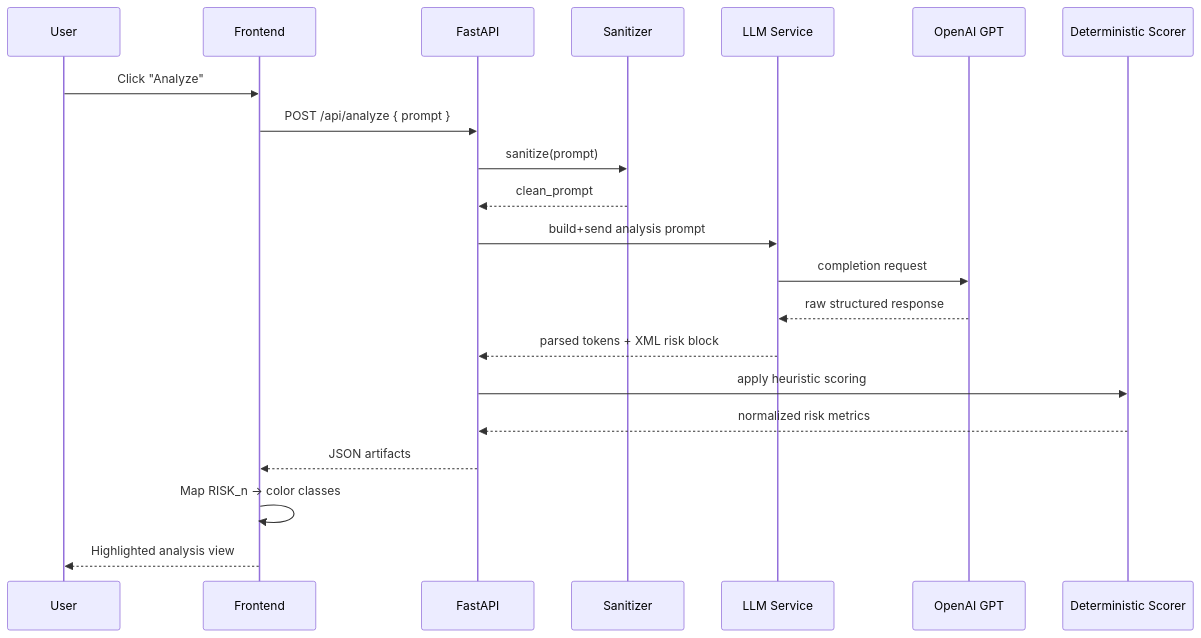
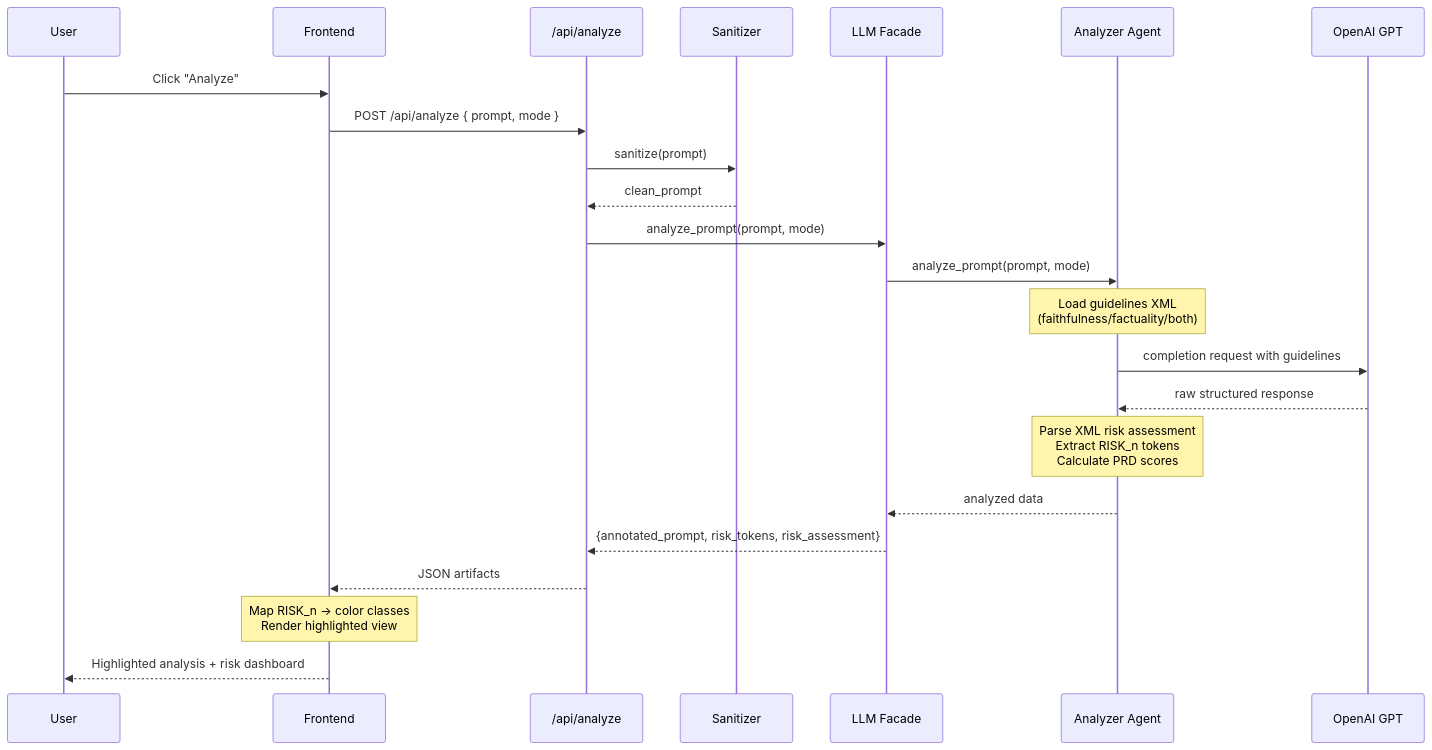
One commit to MoNejjar/echo-hallucination-detect changed the diagram in docs/diagrams/pipeline-sequence.mmd. Above: the diagram before and after it, drawn with Mermaid. The commit also changed 2 other files, not shown here.

Commit message:
docs: Update architecture documentation to reflect agent-based infrastructure
Major updates:
- Document agent-based architecture (LLM Facade -> Specialized Agents)
- Add AnalyzerAgent, ConversationAgent, and Preparator services
- Remove outdated references to assistant.py and checker.py
- Document new /api/prepare route for re-analysis workflow
- Add analysis modes documentation (Faithfulness, Factuality, Both)
- Update system topology diagram to show agent delegation
- Update processing pipeline sequence to reflect current flow
- Add Re-Analysis Workflow section with Preparator explanation

Changes reflect:
1. Refactoring from monolithic llm.py (1261 lines) to specialized agents
2. Separation of concerns: Analysis vs Conversation logic
3. New re-analysis preparation workflow
4. Analysis mode selection with different guideline sets
5. Current route structure: /analyze, /refine, /prepare, /health

The documentation now accurately represents the production codebase.

```diff
--- a/docs/diagrams/pipeline-sequence.mmd
+++ b/docs/diagrams/pipeline-sequence.mmd
@@ -1,25 +1,33 @@
-%% Processing Pipeline Sequence (Authoritative Source)
+%% Processing Pipeline Sequence (Authoritative Source) - Updated for Agent Architecture
 %% Render with: mmdc -i pipeline-sequence.mmd -o pipeline-sequence.svg
 
 sequenceDiagram
   participant U as User
   participant FE as Frontend
-  participant BE as FastAPI
+  participant Route as /api/analyze
   participant SAN as Sanitizer
-  participant LLM as LLM Service
+  participant Facade as LLM Facade
+  participant Analyzer as Analyzer Agent
   participant MODEL as OpenAI GPT
-  participant SCORE as Deterministic Scorer
 
   U->>FE: Click "Analyze"
-  FE->>BE: POST /api/analyze { prompt }
-  BE->>SAN: sanitize(prompt)
-  SAN-->>BE: clean_prompt
-  BE->>LLM: build+send analysis prompt
-  LLM->>MODEL: completion request
-  MODEL-->>LLM: raw structured response
-  LLM-->>BE: parsed tokens + XML risk block
-  BE->>SCORE: apply heuristic scoring
-  SCORE-->>BE: normalized risk metrics
-  BE-->>FE: JSON artifacts
-  FE->>FE: Map RISK_n → color classes
-  FE-->>U: Highlighted analysis view
+  FE->>Route: POST /api/analyze { prompt, mode }
+  Route->>SAN: sanitize(prompt)
+  SAN-->>Route: clean_prompt
+  Route->>Facade: analyze_prompt(prompt, mode)
+  Facade->>Analyzer: analyze_prompt(prompt, mode)
+  
+  Note over Analyzer: Load guidelines XML<br/>(faithfulness/factuality/both)
+  
+  Analyzer->>MODEL: completion request with guidelines
+  MODEL-->>Analyzer: raw structured response
+  
+  Note over Analyzer: Parse XML risk assessment<br/>Extract RISK_n tokens<br/>Calculate PRD scores
+  
+  Analyzer-->>Facade: analyzed data
+  Facade-->>Route: {annotated_prompt, risk_tokens, risk_assessment}
+  Route-->>FE: JSON artifacts
+  
+  Note over FE: Map RISK_n → color classes<br/>Render highlighted view
+  
+  FE-->>U: Highlighted analysis + risk dashboard
```
